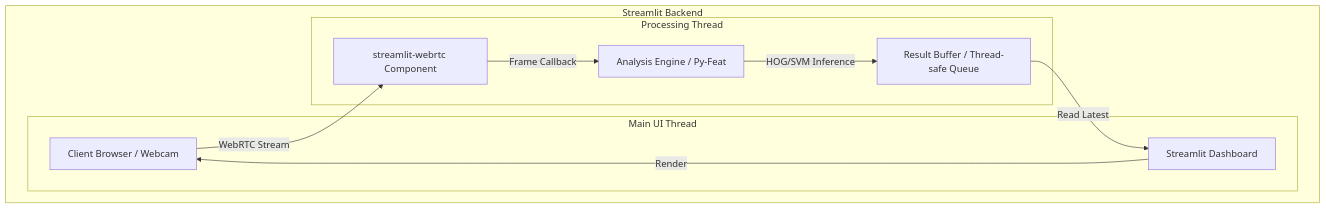
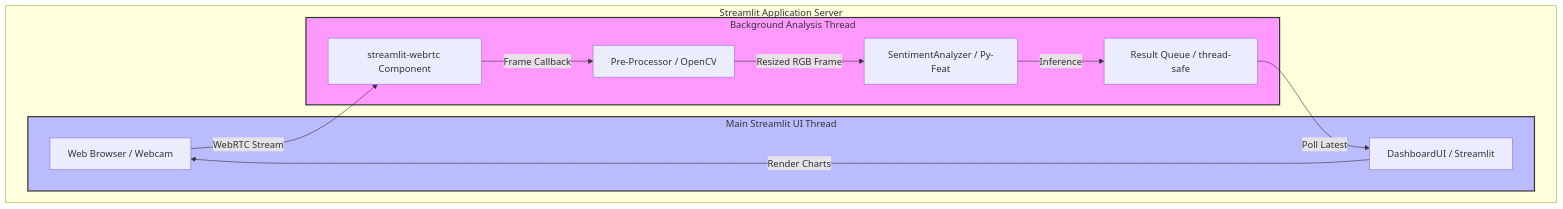
One commit to YamauchiYudai/prj_Meeting_Vibe_Checker changed the first of 2 diagrams in .kiro/specs/initial-setup/design.md. Above: the diagram before and after it, drawn with Mermaid. The commit also changed other lines of this file and 4 other files, not shown here.

````diff
--- a/.kiro/specs/initial-setup/design.md
+++ b/.kiro/specs/initial-setup/design.md
@@ -24,16 +26,20 @@
 ```mermaid
 graph TB
-    ClientBrowser[Client Browser / Webcam] -- WebRTC Stream --> WebRTCComponent[streamlit-webrtc Component]
+    Client[Web Browser / Webcam] -- WebRTC Stream --> WebRTC[streamlit-webrtc Component]
     
-    subgraph Streamlit_Backend[Streamlit Backend]
-        subgraph ProcessingThread[Processing Thread]
-            WebRTCComponent -- Frame Callback --> AnalysisEngine[Analysis Engine / Py-Feat]
-            AnalysisEngine -- HOG/SVM Inference --> ResultBuffer[Result Buffer / Thread-safe Queue]
+    subgraph App_Backend[Streamlit Application Server]
+        subgraph Analysis_Thread[Background Analysis Thread]
+            WebRTC -- Frame Callback --> PreProcessor[Pre-Processor / OpenCV]
+            PreProcessor -- Resized RGB Frame --> Analyzer[SentimentAnalyzer / Py-Feat]
+            Analyzer -- Inference --> ResultQueue[Result Queue / thread-safe]
         end
         
-        subgraph UIThread[Main UI Thread]
-            ResultBuffer -- Read Latest --> DashboardUI[Streamlit Dashboard]
-            DashboardUI -- Render --> ClientBrowser
+        subgraph UI_Thread[Main Streamlit UI Thread]
+            ResultQueue -- Poll Latest --> Dashboard[DashboardUI / Streamlit]
+            Dashboard -- Render Charts --> Client
         end
     end
+
+    style Analysis_Thread fill:#f9f,stroke:#333,stroke-width:2px
+    style UI_Thread fill:#bbf,stroke:#333,stroke-width:2px
 ```
````
